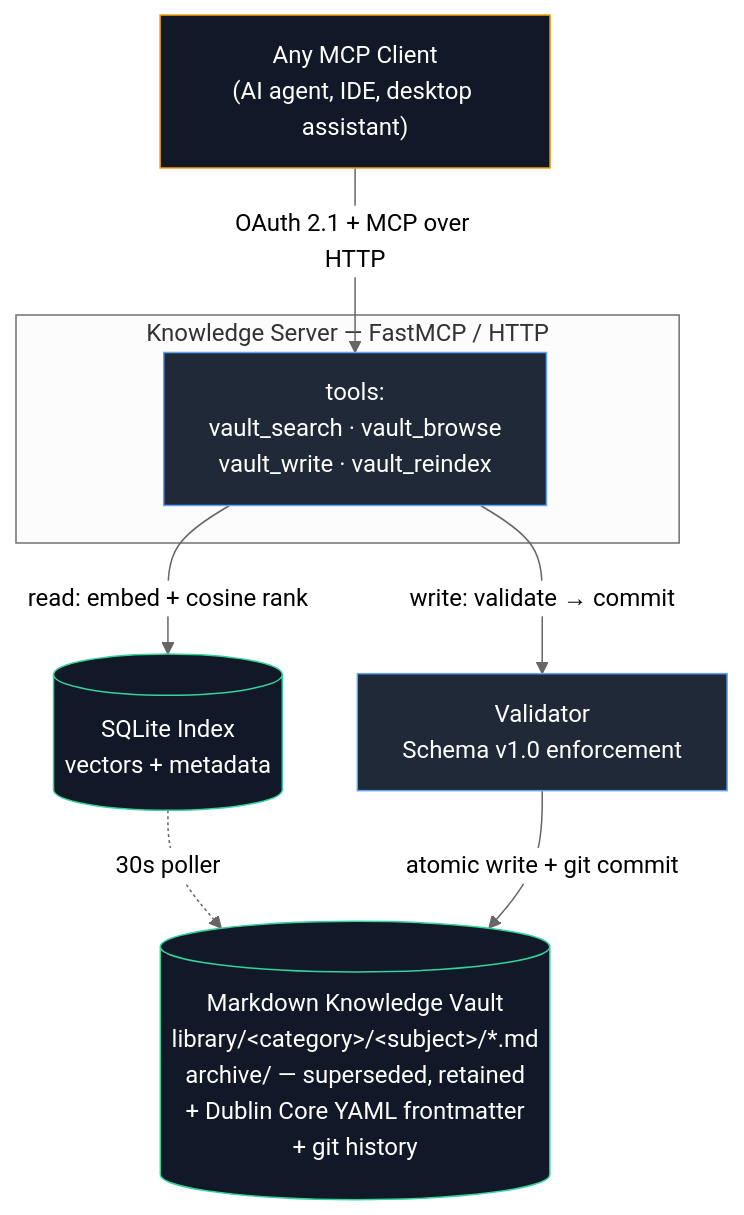
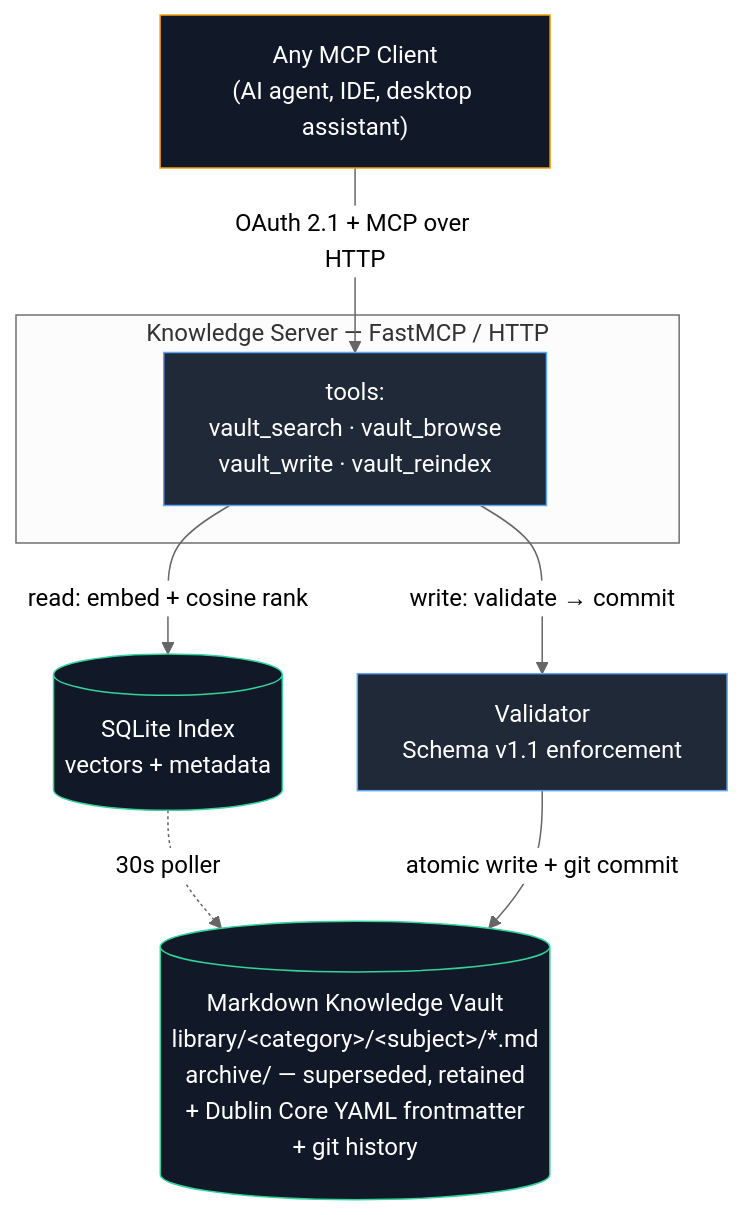
Before and after one commit to rossblanchard/knowledge-server-public: the first of 2 diagrams in README.md, drawn with Mermaid (neutral theme). The commit also changed other lines of this file and 3 other files, not shown here.

First line of the commit message:
Port Schema v1.1: new fields, journal type, review staleness

````diff
--- a/README.md
+++ b/README.md
@@ -57,26 +57,26 @@
 ```mermaid
 flowchart TD
     Client["Any MCP Client<br/>(AI agent, IDE, desktop assistant)"]
 
     subgraph KS["Knowledge Server — FastMCP / HTTP"]
         Tools["tools:<br/>vault_search · vault_browse<br/>vault_write · vault_reindex"]
     end
 
     Index[("SQLite Index<br/>vectors + metadata")]
-    Validator["Validator<br/>Schema v1.0 enforcement"]
+    Validator["Validator<br/>Schema v1.1 enforcement"]
     Vault[("Markdown Knowledge Vault<br/>library/&lt;category&gt;/&lt;subject&gt;/*.md<br/>archive/ — superseded, retained<br/>+ Dublin Core YAML frontmatter<br/>+ git history")]
 
     Client -- "OAuth 2.1 + MCP over HTTP" --> Tools
     Tools -- "read: embed + cosine rank" --> Index
     Tools -- "write: validate → commit" --> Validator
     Index -. "30s poller" .-> Vault
     Validator -- "atomic write + git commit" --> Vault
 
     classDef server fill:#1f2937,stroke:#60a5fa,color:#fff
     classDef store fill:#111827,stroke:#34d399,color:#fff
     classDef client fill:#111827,stroke:#f59e0b,color:#fff
 
     class Client client
     class Tools,Validator server
     class Index,Vault store
 ```
````
